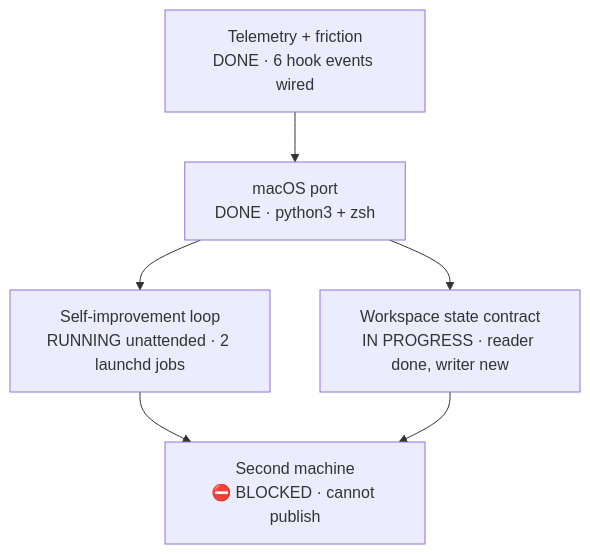
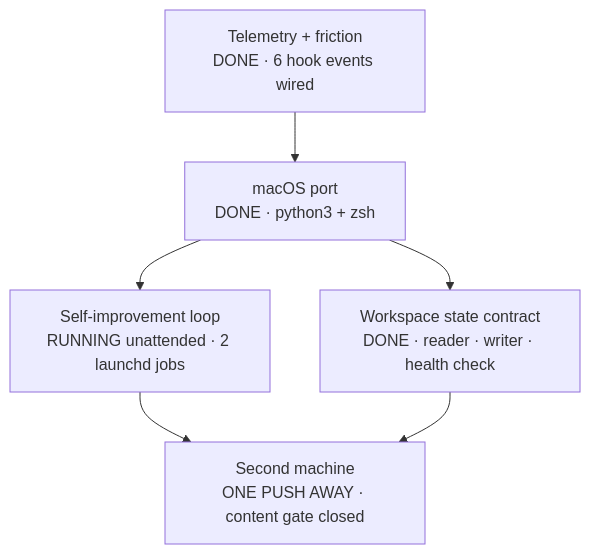
One commit to sibulus13/claudence changed the first of 3 diagrams in docs/STATE.md. Above: the diagram before and after it, drawn with Mermaid. The commit also changed other lines of this file, not shown here.

````diff
--- a/docs/STATE.md
+++ b/docs/STATE.md
@@ -18,13 +18,13 @@
 ```mermaid
 flowchart TD
   T["Telemetry + friction<br/>DONE · 6 hook events wired"]
   P["macOS port<br/>DONE · python3 + zsh"]
   L["Self-improvement loop<br/>RUNNING unattended · 2 launchd jobs"]
-  S["Workspace state contract<br/>IN PROGRESS · reader done, writer new"]
-  X["Second machine<br/>⛔ BLOCKED · cannot publish"]
+  S["Workspace state contract<br/>DONE · reader · writer · health check"]
+  X["Second machine<br/>ONE PUSH AWAY · content gate closed"]
 
   T --> P --> L
   P --> S
   L --> X
   S --> X
 ```
````
